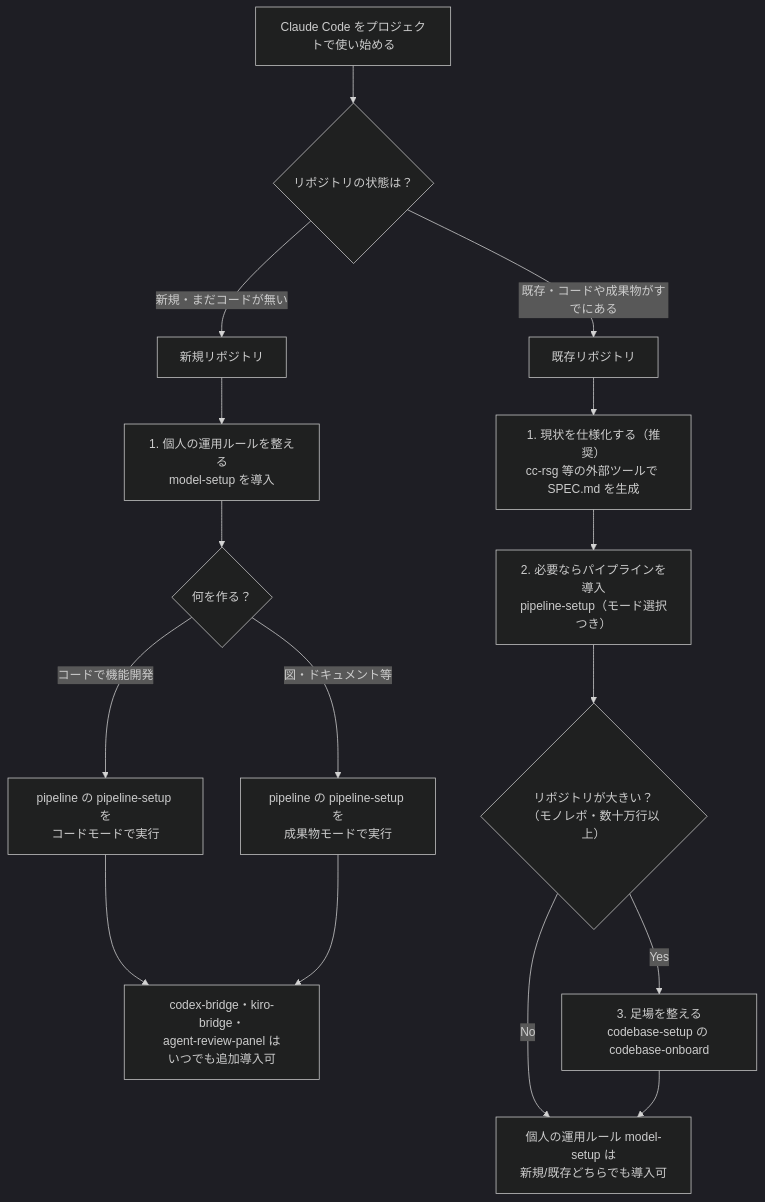
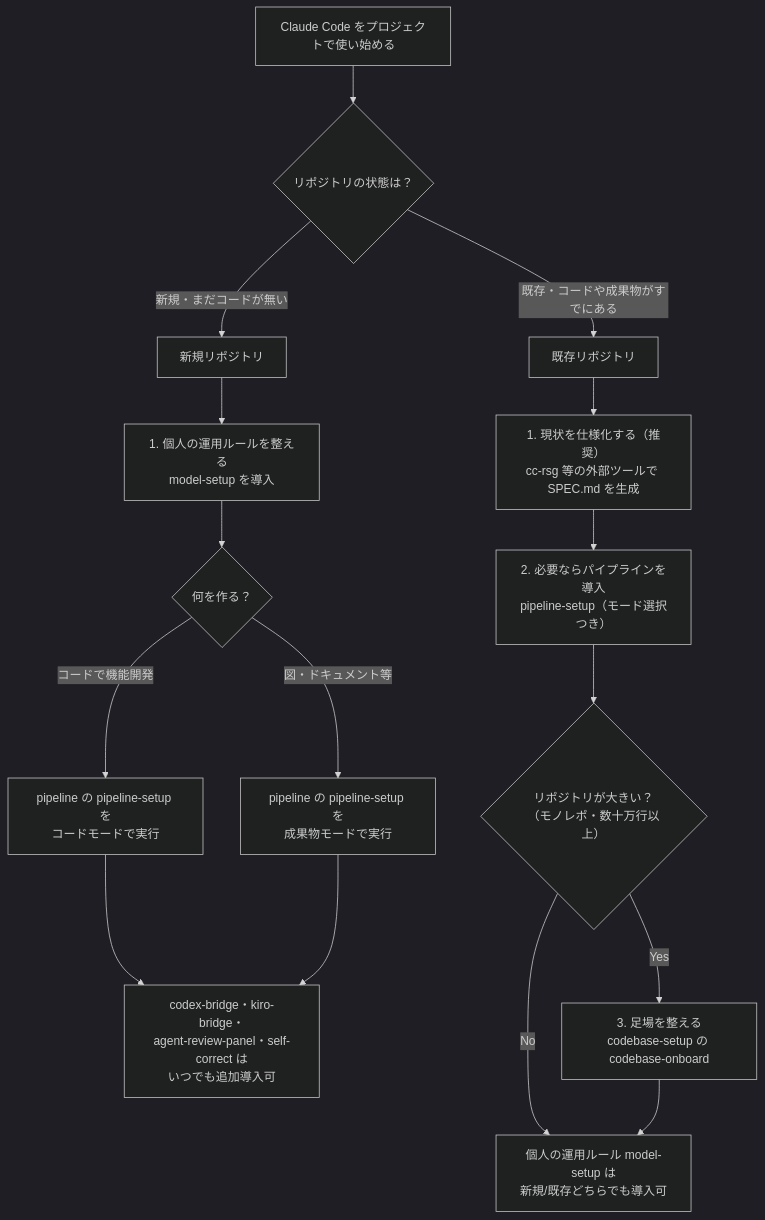
One commit to mrkxlia/claude-code-workbench-ja changed the first of 2 diagrams in README.md. Above: the diagram before and after it, drawn with Mermaid (dark theme). The commit also changed other lines of this file and 20 other files, not shown here.

First line of the commit message:
feat(self-correct): 自己修正ループのプラグインを追加

````diff
--- a/README.md
+++ b/README.md
@@ -9,20 +9,20 @@
 ```mermaid
 flowchart TD
     Start["Claude Code をプロジェクトで使い始める"] --> Q{"リポジトリの状態は？"}
     Q -->|"新規・まだコードが無い"| New["新規リポジトリ"]
     Q -->|"既存・コードや成果物がすでにある"| Existing["既存リポジトリ"]
 
     New --> N1["1. 個人の運用ルールを整える<br/>model-setup を導入"]
     N1 --> N2{"何を作る？"}
     N2 -->|"コードで機能開発"| N3["pipeline の pipeline-setup を<br/>コードモードで実行"]
     N2 -->|"図・ドキュメント等"| N4["pipeline の pipeline-setup を<br/>成果物モードで実行"]
-    N3 --> N6["codex-bridge・kiro-bridge・<br/>agent-review-panel は<br/>いつでも追加導入可"]
+    N3 --> N6["codex-bridge・kiro-bridge・<br/>agent-review-panel・self-correct は<br/>いつでも追加導入可"]
     N4 --> N6
 
     Existing --> E1["1. 現状を仕様化する（推奨）<br/>cc-rsg 等の外部ツールで SPEC.md を生成"]
     E1 --> E2["2. 必要ならパイプラインを導入<br/>pipeline-setup（モード選択つき）"]
     E2 --> E2b{"リポジトリが大きい？<br/>（モノレポ・数十万行以上）"}
     E2b -->|"Yes"| E2c["3. 足場を整える<br/>codebase-setup の codebase-onboard"]
     E2b -->|"No"| E3
     E2c --> E3["個人の運用ルール model-setup は<br/>新規/既存どちらでも導入可"]
 ```
````
